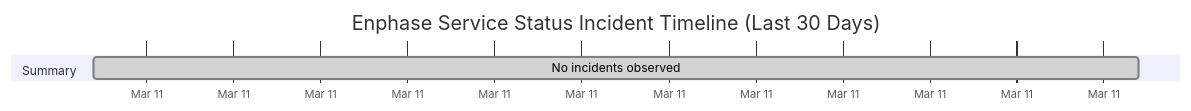
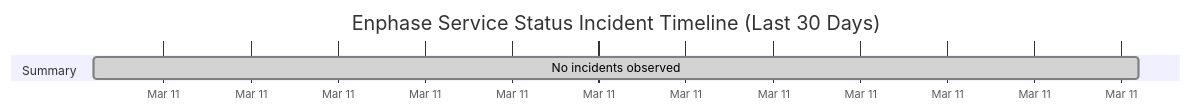
The diagram in wiki/Service-Status-History.md (barneyonline/ha-enphase-ev-charger), drawn with Mermaid before and after one commit. The commit also changed other lines of this file and 3 other files, not shown here.

````diff
--- a/wiki/Service-Status-History.md
+++ b/wiki/Service-Status-History.md
@@ -14,8 +14,8 @@
 ```mermaid
 gantt
     title Enphase Service Status Incident Timeline (Last 30 Days)
     dateFormat  YYYY-MM-DDTHH:mm:ss
     axisFormat  %b %d
     section Summary
-    No incidents observed :done, 2026-03-11T06:39:57, 1m
+    No incidents observed :done, 2026-03-11T07:37:21, 1m
 ```
````
